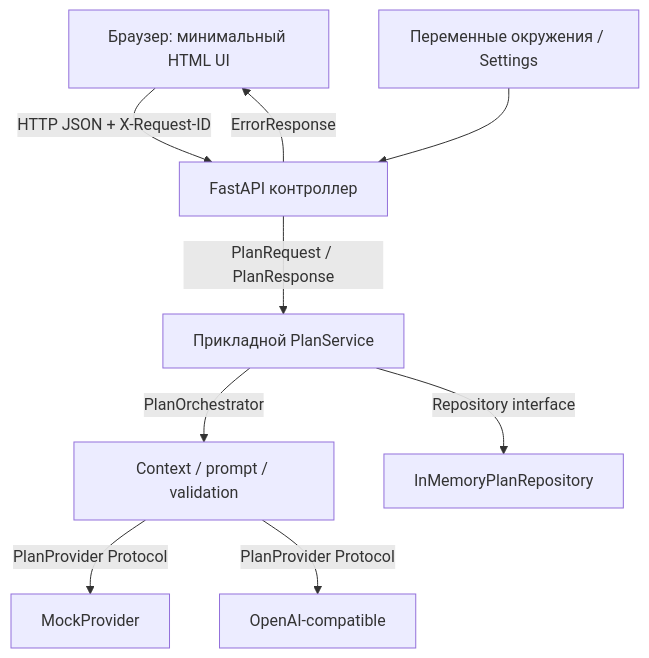
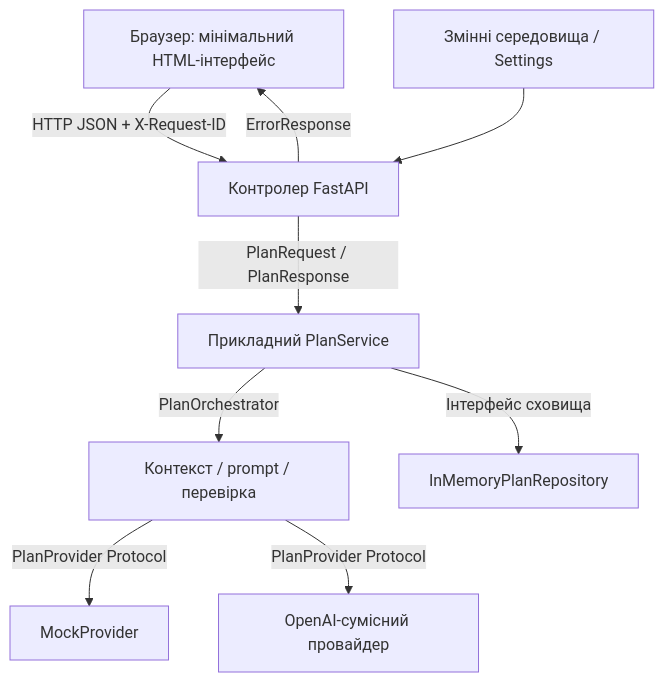
One commit to BobaBobus123/TripPlanner-AI changed the second of 2 diagrams in docs/architecture.md. Above: the diagram before and after it, drawn with Mermaid. The commit also changed other lines of this file and 16 other files, not shown here.

````diff
--- a/docs/architecture.md
+++ b/docs/architecture.md
@@ -18,11 +18,11 @@
 ```mermaid
 flowchart TB
-    Browser[Браузер: минимальный HTML UI] -->|HTTP JSON + X-Request-ID| API[FastAPI контроллер]
-    API -->|PlanRequest / PlanResponse| Service[Прикладной PlanService]
-    Service -->|PlanOrchestrator| Orchestrator[Context / prompt / validation]
+    Browser[Браузер: мінімальний HTML-інтерфейс] -->|HTTP JSON + X-Request-ID| API[Контролер FastAPI]
+    API -->|PlanRequest / PlanResponse| Service[Прикладний PlanService]
+    Service -->|PlanOrchestrator| Orchestrator[Контекст / prompt / перевірка]
     Orchestrator -->|PlanProvider Protocol| Mock[MockProvider]
-    Orchestrator -->|PlanProvider Protocol| Compat[OpenAI-compatible]
-    Service -->|Repository interface| Memory[InMemoryPlanRepository]
-    Settings[Переменные окружения / Settings] --> API
+    Orchestrator -->|PlanProvider Protocol| Compat[OpenAI-сумісний провайдер]
+    Service -->|Інтерфейс сховища| Memory[InMemoryPlanRepository]
+    Settings[Змінні середовища / Settings] --> API
     API -->|ErrorResponse| Browser
 ```
````
